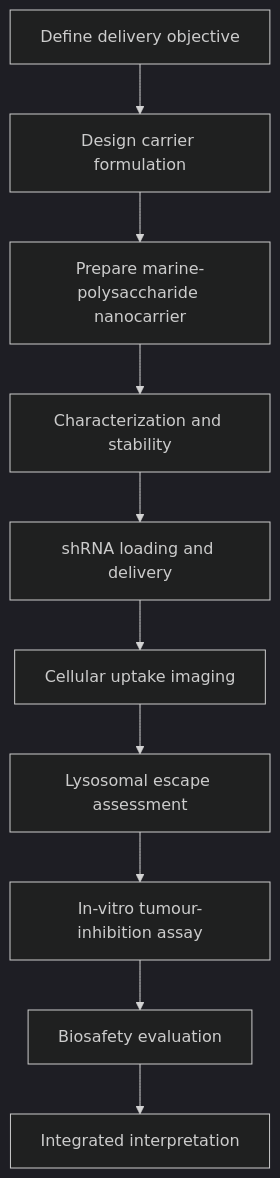
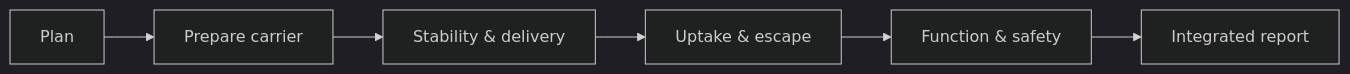
Before and after one commit to Kandasorat/Kandasorat: the first of 2 diagrams in projects/nanocarrier-research.md, drawn with Mermaid (dark theme). The commit also changed 9 other files, not shown here.

Commit message:
docs: compact project workflow diagrams

````diff
--- a/projects/nanocarrier-research.md
+++ b/projects/nanocarrier-research.md
@@ -17,12 +17,8 @@
 ```mermaid
-flowchart TD
-    A[Define delivery objective] --> B[Design carrier formulation]
-    B --> C[Prepare marine-polysaccharide nanocarrier]
-    C --> D[Characterization and stability]
-    D --> E[shRNA loading and delivery]
-    E --> F[Cellular uptake imaging]
-    F --> G[Lysosomal escape assessment]
-    G --> H[In-vitro tumour-inhibition assay]
-    H --> I[Biosafety evaluation]
-    I --> J[Integrated interpretation]
+flowchart LR
+    A[Plan] --> B[Prepare carrier]
+    B --> C[Stability & delivery]
+    C --> D[Uptake & escape]
+    D --> E[Function & safety]
+    E --> F[Integrated report]
 ```
````
